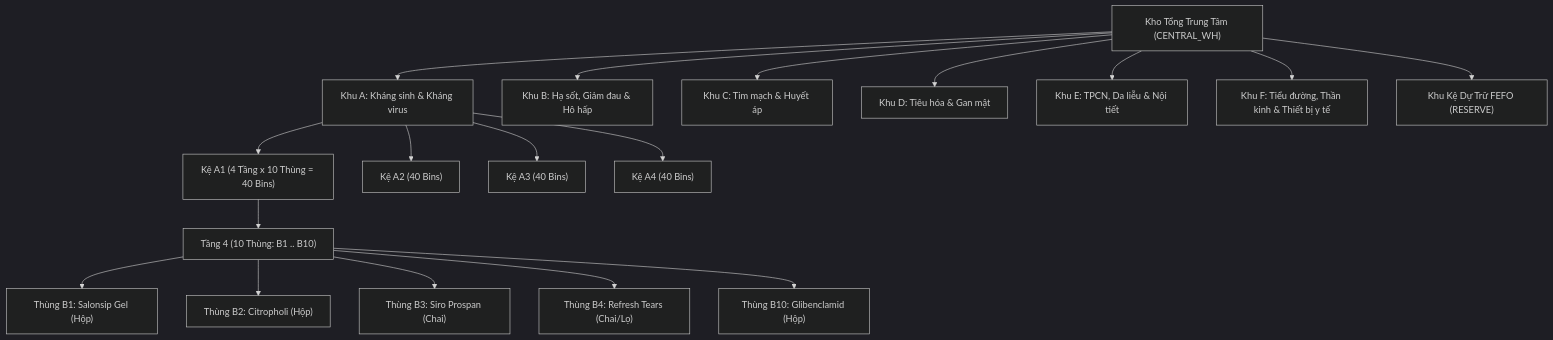
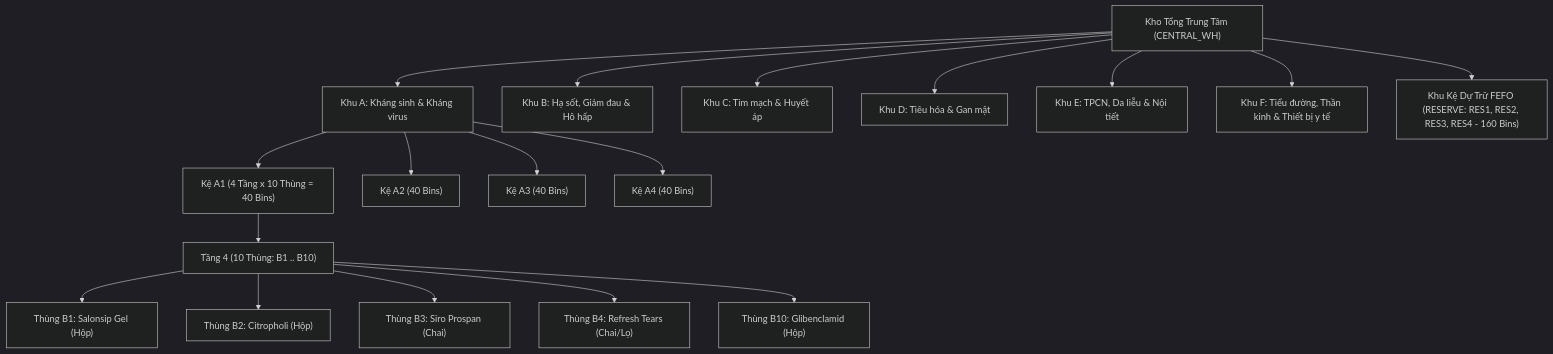
Before and after one commit to SEP490-Team3-FA26/SEP490-SE06: the diagram in docs/SO_DO_KHO_LOGIC_VA_CHUC_NANG.md, drawn with Mermaid (dark theme). The commit also changed other lines of this file and 4 other files, not shown here.

````diff
--- a/docs/SO_DO_KHO_LOGIC_VA_CHUC_NANG.md
+++ b/docs/SO_DO_KHO_LOGIC_VA_CHUC_NANG.md
@@ -20,23 +20,23 @@
 ```mermaid
 graph TD
     WH["Kho Tổng Trung Tâm (CENTRAL_WH)"]
     WH --> ZA["Khu A: Kháng sinh & Kháng virus"]
     WH --> ZB["Khu B: Hạ sốt, Giảm đau & Hô hấp"]
     WH --> ZC["Khu C: Tim mạch & Huyết áp"]
     WH --> ZD["Khu D: Tiêu hóa & Gan mật"]
     WH --> ZE["Khu E: TPCN, Da liễu & Nội tiết"]
     WH --> ZF["Khu F: Tiểu đường, Thần kinh & Thiết bị y tế"]
-    WH --> ZR["Khu Kệ Dự Trữ FEFO (RESERVE)"]
+    WH --> ZR["Khu Kệ Dự Trữ FEFO (RESERVE: RES1, RES2, RES3, RES4 - 160 Bins)"]
 
     ZA --> R1["Kệ A1 (4 Tầng x 10 Thùng = 40 Bins)"]
     ZA --> R2["Kệ A2 (40 Bins)"]
     ZA --> R3["Kệ A3 (40 Bins)"]
     ZA --> R4["Kệ A4 (40 Bins)"]
 
     R1 --> S4["Tầng 4 (10 Thùng: B1 .. B10)"]
     S4 --> B1["Thùng B1: Salonsip Gel (Hộp)"]
     S4 --> B2["Thùng B2: Citropholi (Hộp)"]
     S4 --> B3["Thùng B3: Siro Prospan (Chai)"]
     S4 --> B4["Thùng B4: Refresh Tears (Chai/Lọ)"]
     S4 --> B10["Thùng B10: Glibenclamid (Hộp)"]
 ```
````
